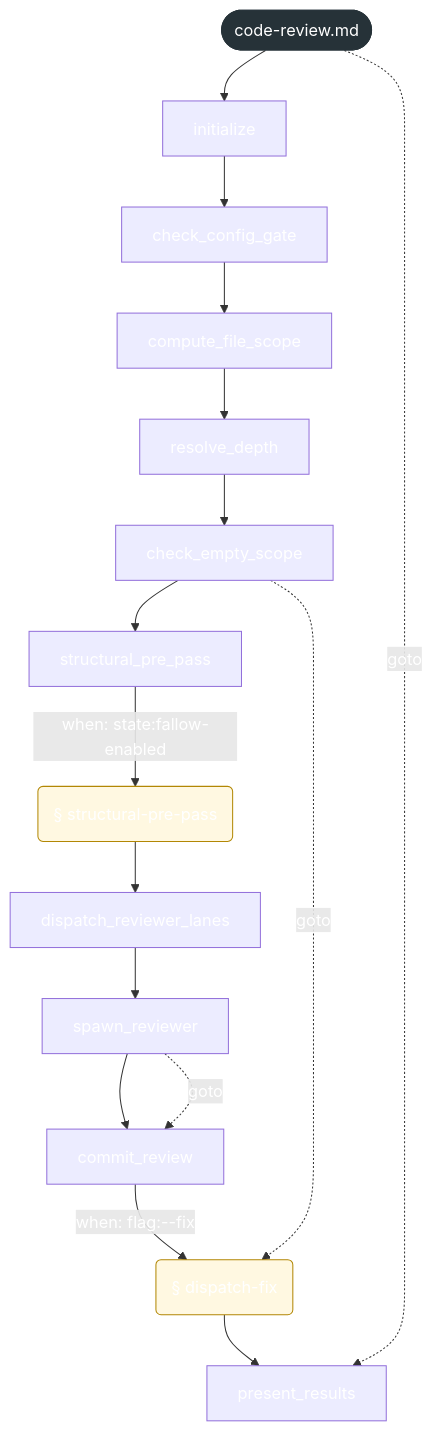
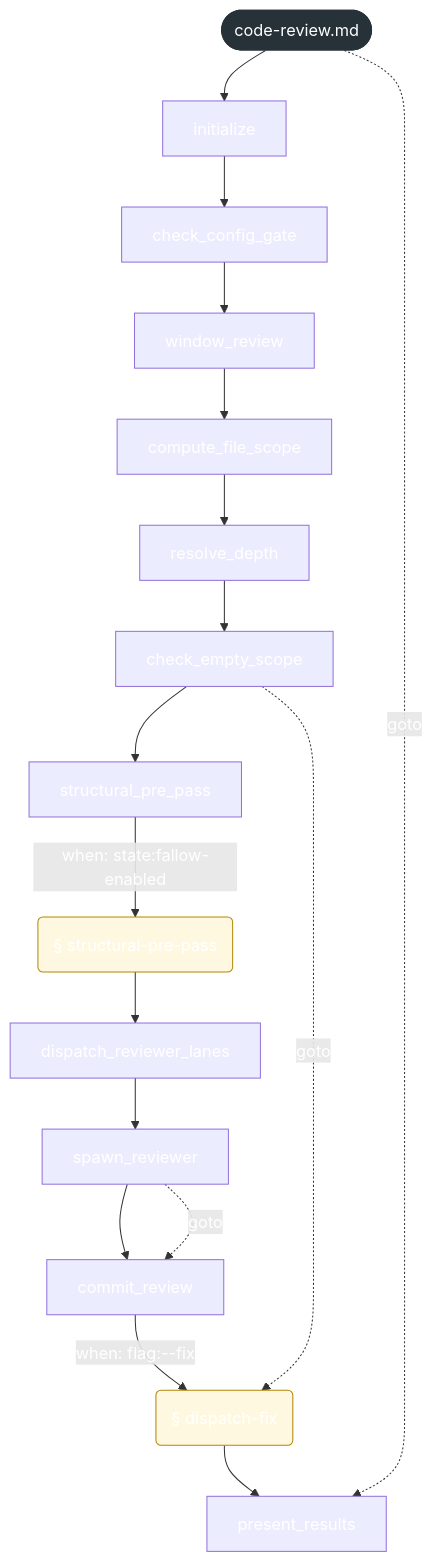
Before and after one commit to Govorin/gsd-core: the first of 2 diagrams in docs/reference/workflow-maps/code-review.md, drawn with Mermaid. The commit also changed other lines of this file and 32 other files, not shown here.

````diff
--- a/docs/reference/workflow-maps/code-review.md
+++ b/docs/reference/workflow-maps/code-review.md
@@ -15,41 +15,43 @@
 ```mermaid
 flowchart TB
   wf_root(["code-review.md"]):::root
   u_step_initialize["initialize"]
   u_step_check_config_gate["check_config_gate"]
+  u_step_window_review["window_review"]
   u_step_compute_file_scope["compute_file_scope"]
   u_step_resolve_depth["resolve_depth"]
   u_step_check_empty_scope["check_empty_scope"]
   u_step_structural_pre_pass["structural_pre_pass"]
   u_section_structural_pre_pass("§ structural-pre-pass"):::conditional
   u_step_dispatch_reviewer_lanes["dispatch_reviewer_lanes"]
   u_step_spawn_reviewer["spawn_reviewer"]
   u_step_commit_review["commit_review"]
   u_section_dispatch_fix("§ dispatch-fix"):::conditional
   u_step_present_results["present_results"]
   wf_root --> u_step_initialize
   u_step_initialize --> u_step_check_config_gate
-  u_step_check_config_gate --> u_step_compute_file_scope
+  u_step_check_config_gate --> u_step_window_review
+  u_step_window_review --> u_step_compute_file_scope
   u_step_compute_file_scope --> u_step_resolve_depth
   u_step_resolve_depth --> u_step_check_empty_scope
   u_step_check_empty_scope --> u_step_structural_pre_pass
   u_step_structural_pre_pass -->|"when#58; state#58;fallow-enabled"| u_section_structural_pre_pass
   u_section_structural_pre_pass --> u_step_dispatch_reviewer_lanes
   u_step_dispatch_reviewer_lanes --> u_step_spawn_reviewer
   u_step_spawn_reviewer --> u_step_commit_review
   u_step_commit_review -->|"when#58; flag#58;#45;#45;fix"| u_section_dispatch_fix
   u_section_dispatch_fix --> u_step_present_results
   u_step_check_empty_scope -.->|"goto"| u_section_dispatch_fix
   u_step_spawn_reviewer -.->|"goto"| u_step_commit_review
   wf_root -.->|"goto"| u_step_present_results
   classDef missing fill:#fdecea,stroke:#d33,stroke-dasharray:4 3
   classDef unparsed fill:#f5f5f5,stroke:#999999,stroke-dasharray:4 3,color:#555
   classDef conditional fill:#fff8e1,stroke:#b28704
   classDef root fill:#263238,color:#ffffff,stroke:#263238
   classDef agent fill:#e8f0fe,stroke:#3367d6
   classDef builtin fill:#eeeeee,stroke:#777777
   classDef capability fill:#e6f4ea,stroke:#2e7d32
   classDef dynamic fill:#f2f2f2,stroke:#888,stroke-dasharray:2 2
   classDef point fill:#f3e8fd,stroke:#8e24aa
   classDef workflow fill:#ffffff,stroke:#555555
 ```
````
